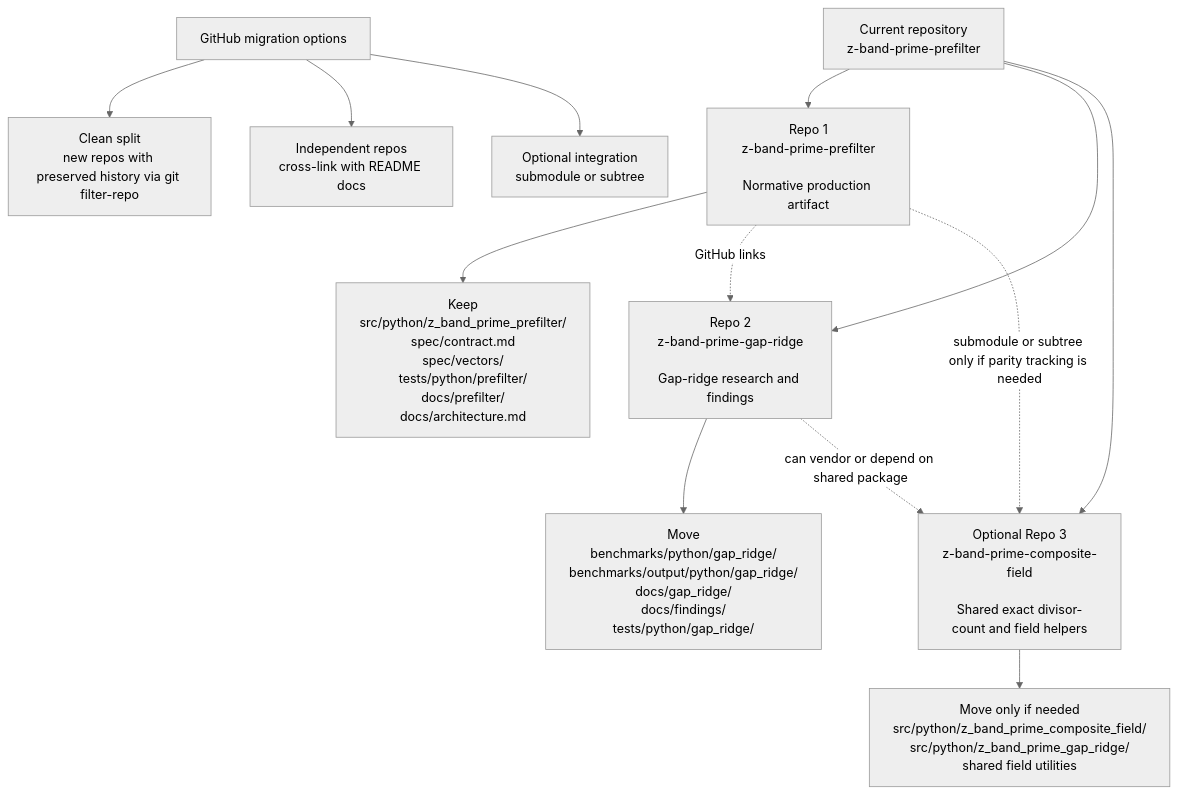
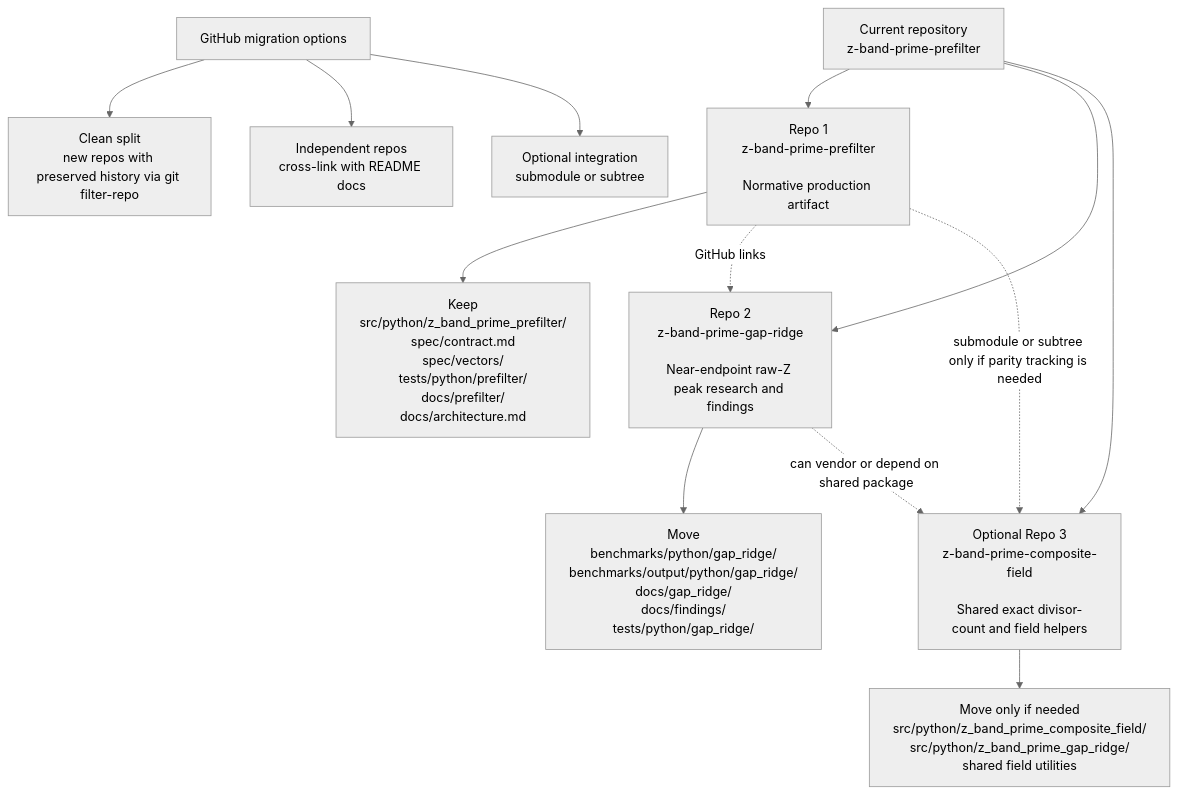
One commit to zfifteen/geodesic-prime-prefilter changed the diagram in docs/repo_split_diagram.md. Above: the diagram before and after it, drawn with Mermaid (neutral theme). The commit also changed other lines of this file and 86 other files, not shown here.

Commit message:
Refactor documentation and experimental reports: replace "survivor" terminology with "pass-through candidate" and "gap-ridge" with "near-endpoint raw-Z peak" for consistency and clarity across findings, specifications, and reports.

````diff
--- a/docs/repo_split_diagram.md
+++ b/docs/repo_split_diagram.md
@@ -3,18 +3,18 @@
 ```mermaid
 flowchart TB
     A["Current repository<br/>z-band-prime-prefilter"] --> B["Repo 1<br/>z-band-prime-prefilter<br/><br/>Normative production artifact"]
-    A --> C["Repo 2<br/>z-band-prime-gap-ridge<br/><br/>Gap-ridge research and findings"]
+    A --> C["Repo 2<br/>z-band-prime-gap-ridge<br/><br/>Near-endpoint raw-Z peak research and findings"]
     A --> D["Optional Repo 3<br/>z-band-prime-composite-field<br/><br/>Shared exact divisor-count and field helpers"]
 
     B --> B1["Keep<br/>src/python/z_band_prime_prefilter/<br/>spec/contract.md<br/>spec/vectors/<br/>tests/python/prefilter/<br/>docs/prefilter/<br/>docs/architecture.md"]
     C --> C1["Move<br/>benchmarks/python/gap_ridge/<br/>benchmarks/output/python/gap_ridge/<br/>docs/gap_ridge/<br/>docs/findings/<br/>tests/python/gap_ridge/"]
     D --> D1["Move only if needed<br/>src/python/z_band_prime_composite_field/<br/>src/python/z_band_prime_gap_ridge/<br/>shared field utilities"]
 
     B -. "GitHub links" .-> C
     B -. "submodule or subtree only if parity tracking is needed" .-> D
     C -. "can vendor or depend on shared package" .-> D
 
     E["GitHub migration options"] --> E1["Clean split<br/>new repos with preserved history via git filter-repo"]
     E --> E2["Independent repos<br/>cross-link with README docs"]
     E --> E3["Optional integration<br/>submodule or subtree"]
 ```
````
